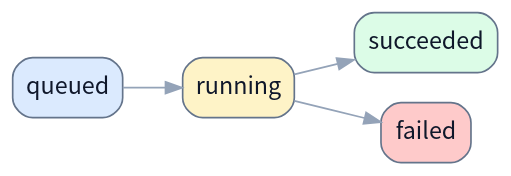
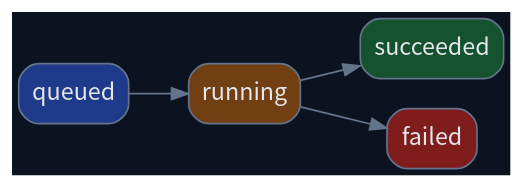
Before and after one commit to terencefan/inority-workspace: the diagram in skills/write-doc/modes/contract/templates/contract-template.md, drawn with Graphviz. The commit also changed other lines of this file and 45 other files, not shown here.

````diff
--- a/skills/write-doc/modes/contract/templates/contract-template.md
+++ b/skills/write-doc/modes/contract/templates/contract-template.md
@@ -100,17 +100,17 @@
 ```dot
 digraph StateMachine {
   rankdir=LR;
-  graph [bgcolor="transparent", fontname="Noto Sans CJK SC"];
-  node [fontname="Noto Sans CJK SC", shape=box, style="rounded,filled", color="#64748b", fontcolor="#0f172a", fillcolor="#f8fafc"];
-  edge [fontname="Noto Sans CJK SC", color="#94a3b8", fontcolor="#94a3b8"];
+  graph [bgcolor="#0b1220", fontname="Noto Sans CJK SC"];
+  node [fontname="Noto Sans CJK SC", shape=box, style="rounded,filled", color="#64748b", fontcolor="#e5e7eb", fillcolor="#0f172a"];
+  edge [fontname="Noto Sans CJK SC", color="#64748b", fontcolor="#64748b"];
 
-  queued [label="queued", fillcolor="#dbeafe"];
-  running [label="running", fillcolor="#fef3c7"];
-  done [label="succeeded", fillcolor="#dcfce7"];
-  failed [label="failed", fillcolor="#fecaca"];
+  queued [label="queued", fillcolor="#1e3a8a"];
+  running [label="running", fillcolor="#713f12"];
+  done [label="succeeded", fillcolor="#14532d"];
+  failed [label="failed", fillcolor="#7f1d1d"];
 
   queued -> running;
   running -> done;
   running -> failed;
 }
 ```
````
